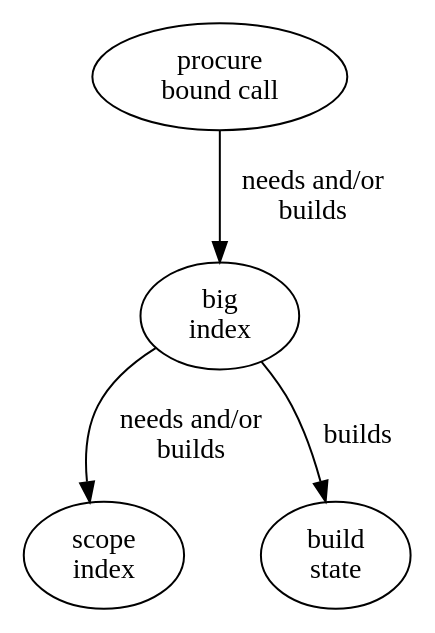
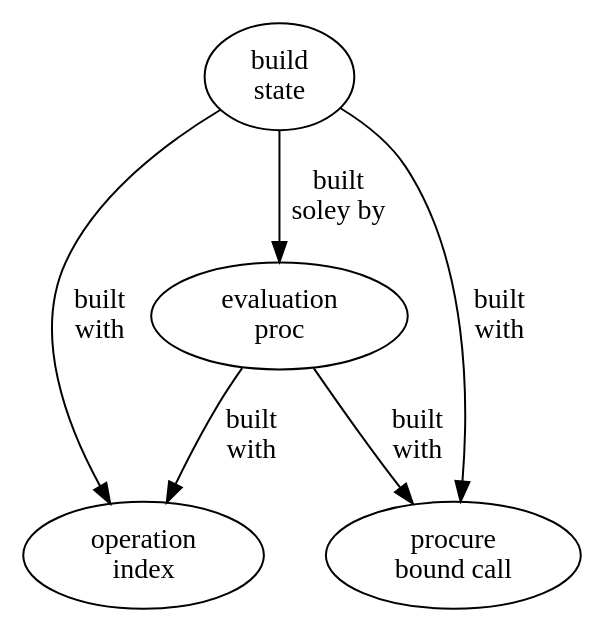
The diagram in zerk/doc/issues/027/01-ERD-esque.dot (hipe/tmx), drawn with Graphviz before and after one commit. The commit also changed 44 other files, not shown here.

```diff
--- a/zerk/doc/issues/027/01-ERD-esque.dot
+++ b/zerk/doc/issues/027/01-ERD-esque.dot
@@ -1,11 +1,13 @@
 digraph g {
 
-  pbc[label="procure\nbound call"]
-  bi[label="big\nindex"]
-  si[label="scope\nindex"]
-  bs[label="build\nstate"]
+  bs [label="build\nstate"]
+  ep [label="evaluation\nproc"]
+  oi [label="operation\nindex"]
+  pbc [label="procure\nbound call"]
 
-  pbc->bi [label="needs and/or\nbuilds"]
-  bi->bs [label="builds"]
-  bi->si [label="needs and/or\nbuilds"]
+  bs->oi [label="built\nwith"]
+  bs->ep [label="built\nsoley by"]
+  bs->pbc [label="built\nwith"]
+  ep->pbc [label="built\nwith"]
+  ep->oi [label="built\nwith"]
 }
```
